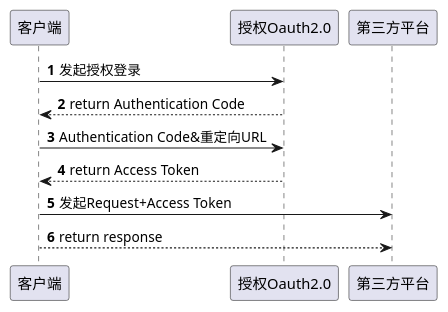
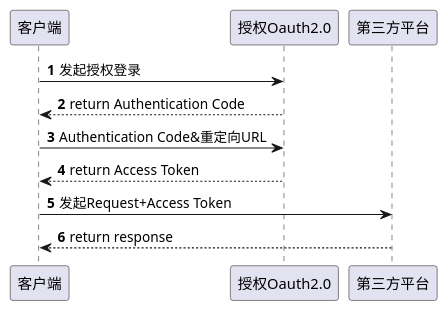
One commit to aoheng/PlantUML changed the diagram in java/oauth2.0/oauth2.0.puml. Above: the diagram before and after it, drawn with PlantUML. The commit also changed 1 other file, not shown here.

```diff
--- a/java/oauth2.0/oauth2.0.puml
+++ b/java/oauth2.0/oauth2.0.puml
@@ -1,12 +1,13 @@
 @startuml
 'https://plantuml.com/sequence-diagram
 
 autonumber
 客户端 -> 授权Oauth2.0: 发起授权登录
 授权Oauth2.0 --> 客户端: return Authentication Code
 客户端 -> 授权Oauth2.0: Authentication Code&重定向URL
 授权Oauth2.0 --> 客户端: return Access Token
 
 客户端 -> 第三方平台: 发起Request+Access Token
-第三方平台 <-- 客户端: return response
+第三方平台 --> 客户端: return response
+
 @enduml
```
